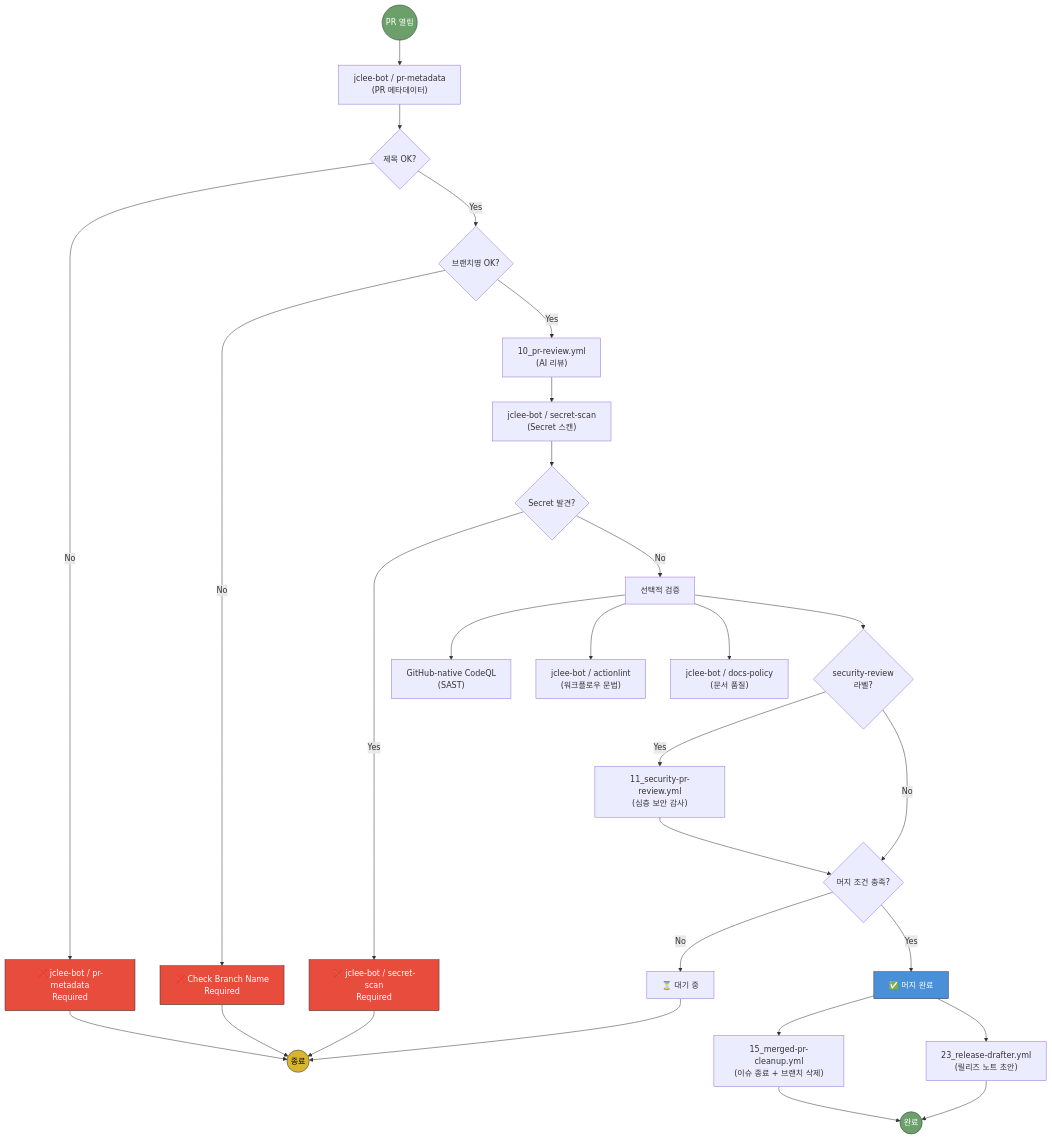
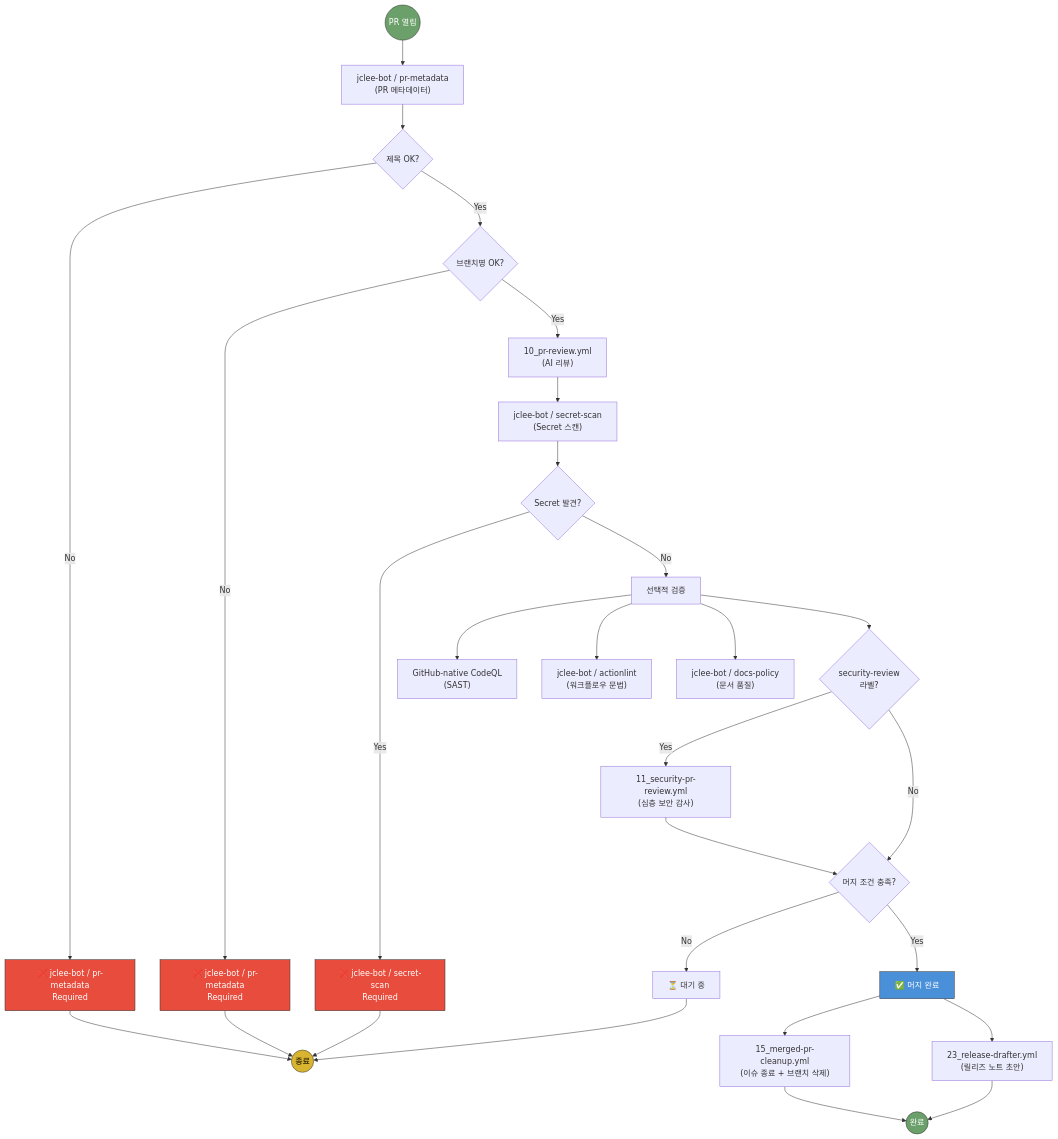
The second of 10 diagrams in docs/architecture.md (jclee941/.github), drawn with Mermaid before and after one commit. The commit also changed other lines of this file and 26 other files, not shown here.

````diff
--- a/docs/architecture.md
+++ b/docs/architecture.md
@@ -60,46 +60,46 @@
 ```mermaid
 flowchart TD
     START(("PR 열림")) --> CHECKS["jclee-bot / pr-metadata<br/>(PR 메타데이터)"]
     
     CHECKS --> TITLE{제목 OK?}
     TITLE -->|No| FAIL1["❌ jclee-bot / pr-metadata<br/>Required"]
     TITLE -->|Yes| BRANCH{브랜치명 OK?}
     
-    BRANCH -->|No| FAIL2["❌ Check Branch Name<br/>Required"]
+    BRANCH -->|No| FAIL2["❌ jclee-bot / pr-metadata<br/>Required"]
     BRANCH -->|Yes| REVIEW["10_pr-review.yml<br/>(AI 리뷰)"]
     
     REVIEW --> GITLEAKS["jclee-bot / secret-scan<br/>(Secret 스캔)"]
     GITLEAKS --> SECRET{Secret 발견?}
     SECRET -->|Yes| FAIL3["❌ jclee-bot / secret-scan<br/>Required"]
     SECRET -->|No| OPTIONAL["선택적 검증"]
     
     OPTIONAL --> CODEQL["GitHub-native CodeQL<br/>(SAST)"]
     OPTIONAL --> ACTIONLINT["jclee-bot / actionlint<br/>(워크플로우 문법)"]
     OPTIONAL --> DOCS["jclee-bot / docs-policy<br/>(문서 품질)"]
     
     OPTIONAL --> SECURITY{"security-review<br/>라벨?"}
     SECURITY -->|Yes| DEEP["11_security-pr-review.yml<br/>(심층 보안 감사)"]
     SECURITY -->|No| MERGE_CHECK
     
     DEEP --> MERGE_CHECK{머지 조건 충족?}
     MERGE_CHECK -->|No| WAIT["⏳ 대기 중"]
     MERGE_CHECK -->|Yes| MERGED["✅ 머지 완료"]
     
     MERGED --> CLEANUP["15_merged-pr-cleanup.yml<br/>(이슈 종료 + 브랜치 삭제)"]
     MERGED --> RELEASE["23_release-drafter.yml<br/>(릴리즈 노트 초안)"]
     
     FAIL1 --> END1(("종료"))
     FAIL2 --> END1
     FAIL3 --> END1
     WAIT --> END1
     CLEANUP --> END2(("완료"))
     RELEASE --> END2
     
     style START fill:#6ba06a,stroke:#333,color:#fff
     style END1 fill:#d9b430,stroke:#333,color:#000
     style END2 fill:#6ba06a,stroke:#333,color:#fff
     style FAIL1 fill:#e74c3c,stroke:#333,color:#fff
     style FAIL2 fill:#e74c3c,stroke:#333,color:#fff
     style FAIL3 fill:#e74c3c,stroke:#333,color:#fff
     style MERGED fill:#4a90d9,stroke:#333,color:#fff
 ```
````
